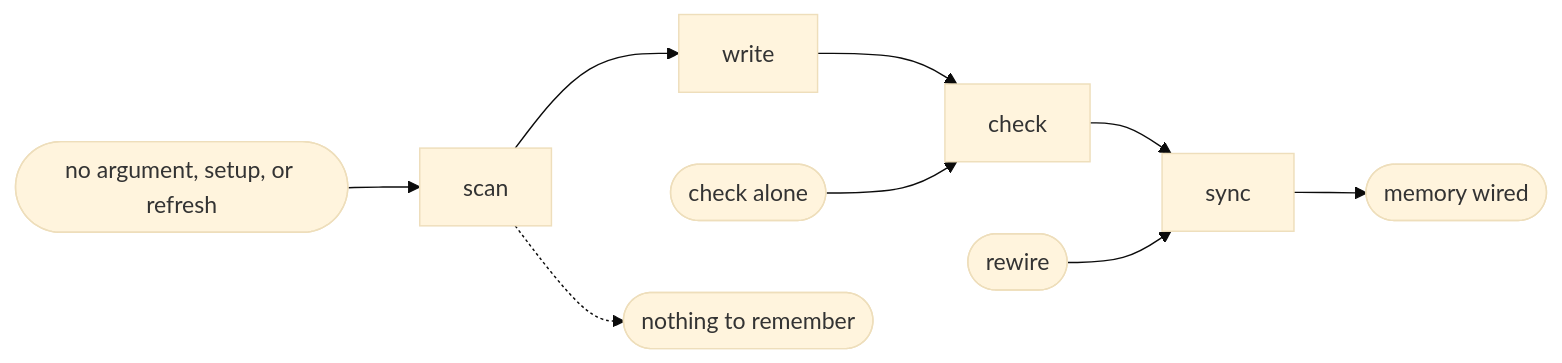
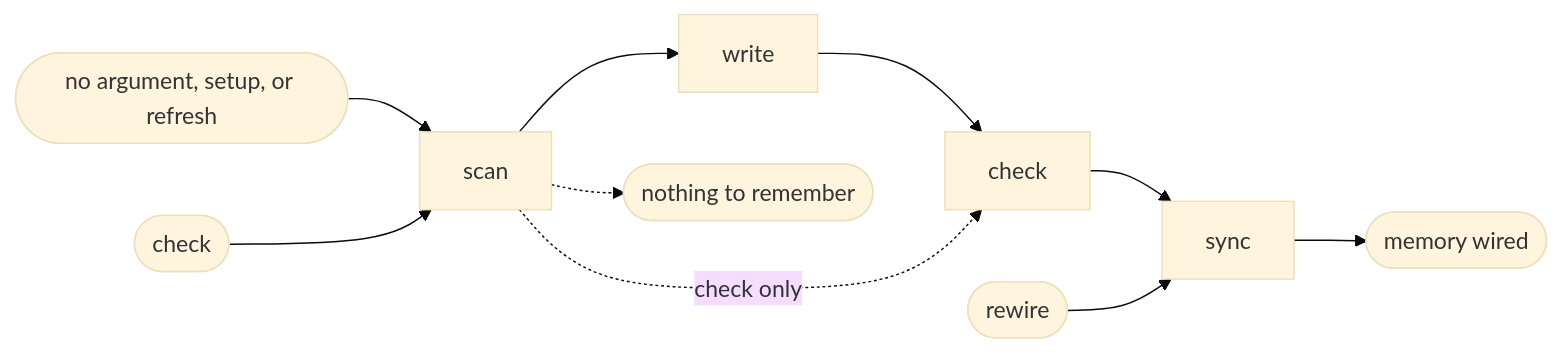
The diagram in plugins/aidd-context/skills/02-project-memory/SKILL.md (ai-driven-dev/aidd-framework), drawn with Mermaid (base theme) before and after one commit. The commit also changed other lines of this file and 21 other files, not shown here.

````diff
--- a/plugins/aidd-context/skills/02-project-memory/SKILL.md
+++ b/plugins/aidd-context/skills/02-project-memory/SKILL.md
@@ -9,7 +9,8 @@
 ```mermaid
 flowchart LR
   build([no argument, setup, or refresh]) --> scan --> write --> check --> sync --> wired([memory wired])
-  audit([check alone]) --> check
+  audit([check]) --> scan
+  scan -. "check only" .-> check
   rewire([rewire]) --> sync
   scan -.-> empty([nothing to remember])
 ```
````
